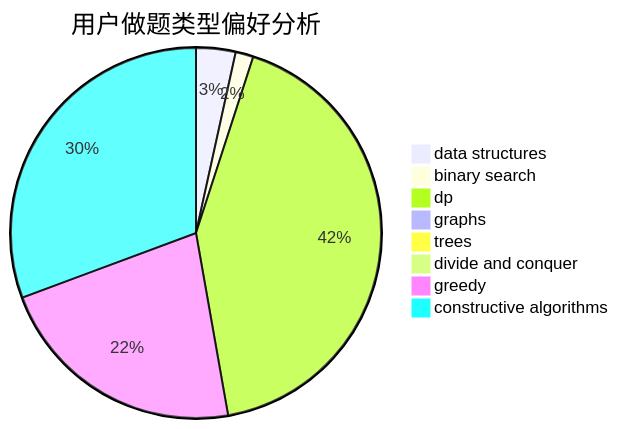
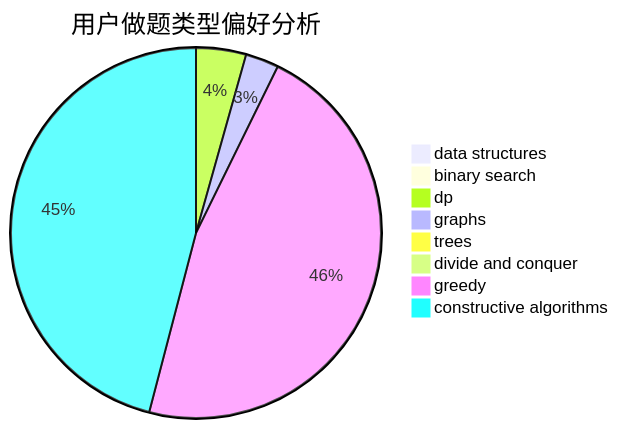
Before and after one commit to sherpahu/cfrs.github.io: the second of 3 diagrams in docs/user/u1794.md, drawn with Mermaid. The commit also changed other lines of this file and 2770 other files, not shown here.

````diff
--- a/docs/user/u1794.md
+++ b/docs/user/u1794.md
@@ -23,11 +23,11 @@
 ```mermaid
 pie title 用户做题类型偏好分析
-    "data structures" :  31
-    "binary search" :  14
-    "dp" :  380
-    "graphs" :  4
-    "trees" :  6
+    "data structures" :  6
+    "binary search" :  6
+    "dp" :  30
+    "graphs" :  20
+    "trees" :  0
     "divide and conquer" :  0
-    "greedy" :  199
-    "constructive algorithms" :  276
+    "greedy" :  322
+    "constructive algorithms" :  316
 ```
````
